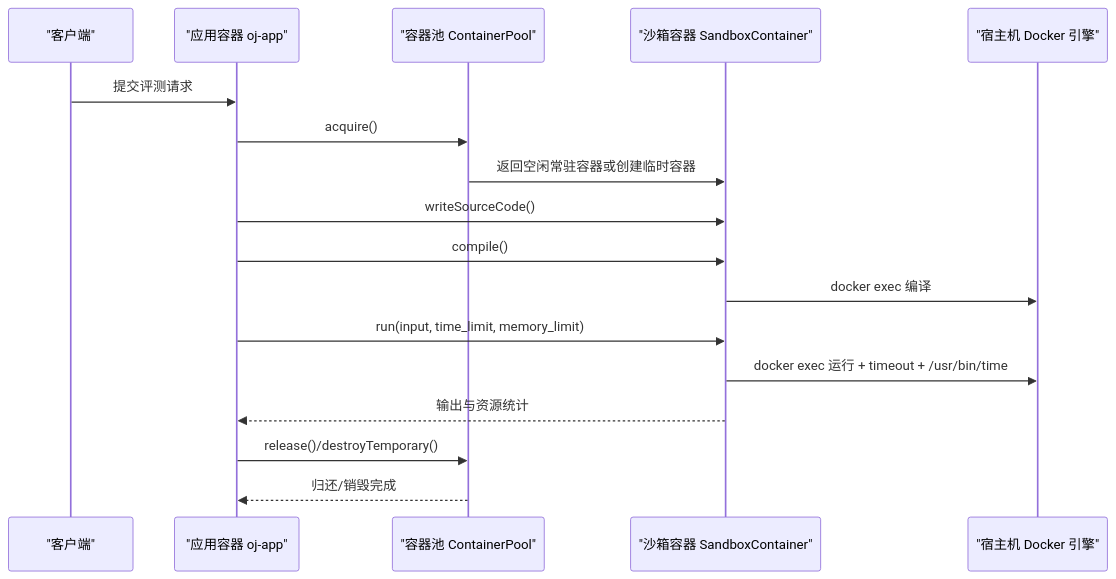
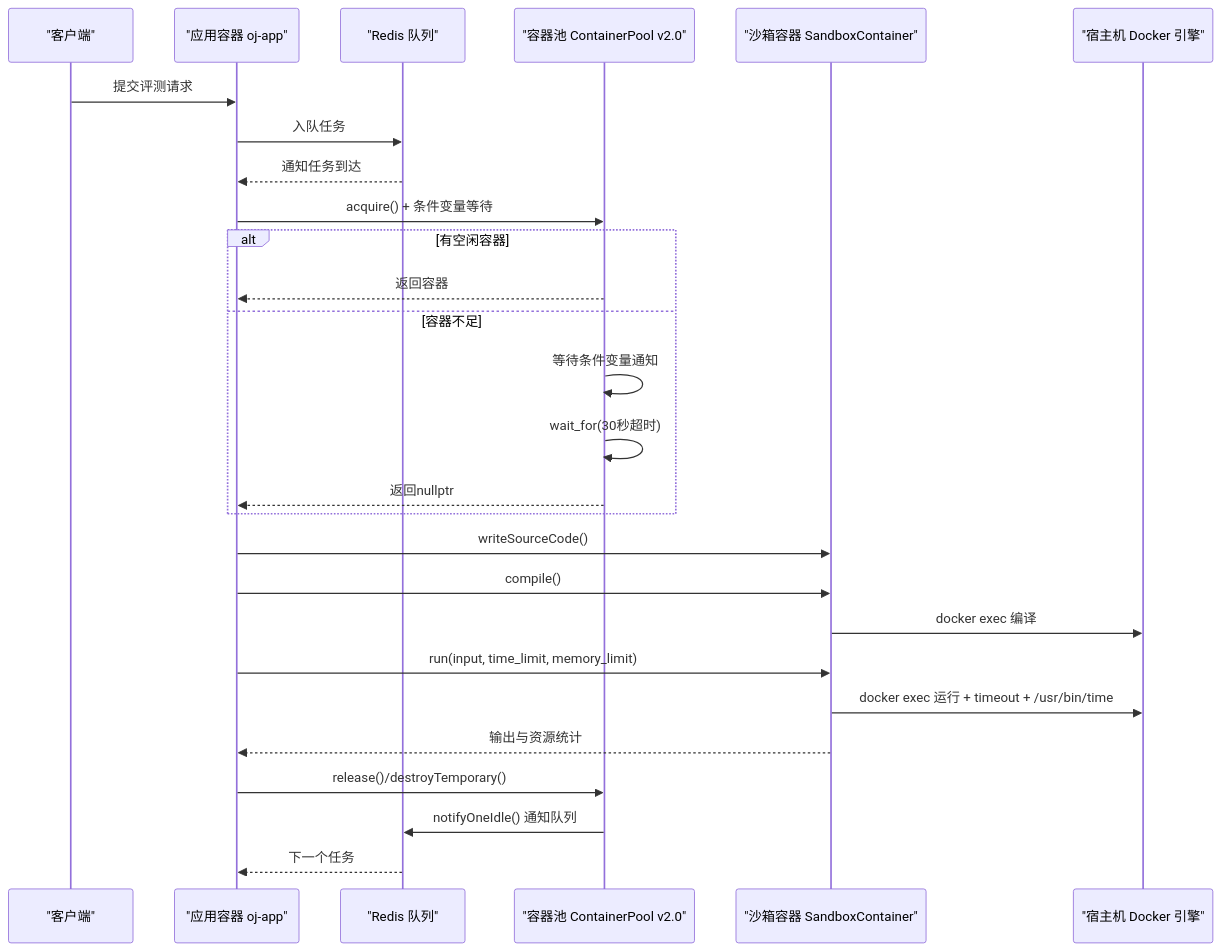
Before and after one commit to jinpeng900/OJ-Test: the second of 10 diagrams in .qoder/repowiki/zh/content/代码评测系统/容器化沙箱架构.md, drawn with Mermaid. The commit also changed other lines of this file and 8 other files, not shown here.

````diff
--- a/.qoder/repowiki/zh/content/代码评测系统/容器化沙箱架构.md
+++ b/.qoder/repowiki/zh/content/代码评测系统/容器化沙箱架构.md
@@ -87,19 +107,29 @@
 ```mermaid
 sequenceDiagram
 participant Client as "客户端"
 participant App as "应用容器 oj-app"
-participant Pool as "容器池 ContainerPool"
+participant Redis as "Redis 队列"
+participant Pool as "容器池 ContainerPool v2.0"
 participant SBox as "沙箱容器 SandboxContainer"
 participant Docker as "宿主机 Docker 引擎"
 Client->>App : 提交评测请求
-App->>Pool : acquire()
-Pool->>SBox : 返回空闲常驻容器或创建临时容器
+App->>Redis : 入队任务
+Redis-->>App : 通知任务到达
+App->>Pool : acquire() + 条件变量等待
+alt 有空闲容器
+Pool-->>App : 返回容器
+else 容器不足
+Pool->>Pool : 等待条件变量通知
+Pool->>Pool : wait_for(30秒超时)
+Pool-->>App : 返回nullptr
+end
 App->>SBox : writeSourceCode()
 App->>SBox : compile()
 SBox->>Docker : docker exec 编译
 App->>SBox : run(input, time_limit, memory_limit)
 SBox->>Docker : docker exec 运行 + timeout + /usr/bin/time
 SBox-->>App : 输出与资源统计
 App->>Pool : release()/destroyTemporary()
-Pool-->>App : 归还/销毁完成
+Pool->>Redis : notifyOneIdle() 通知队列
+Redis-->>App : 下一个任务
 ```
````
